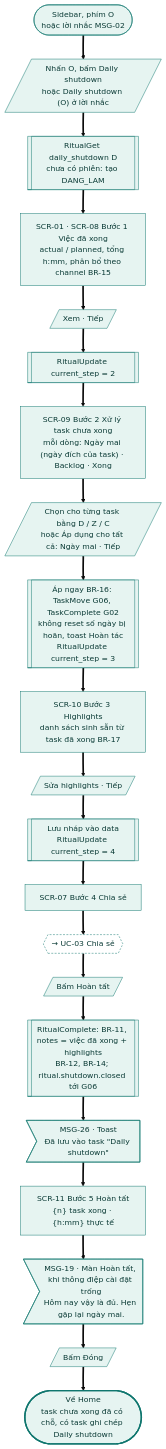
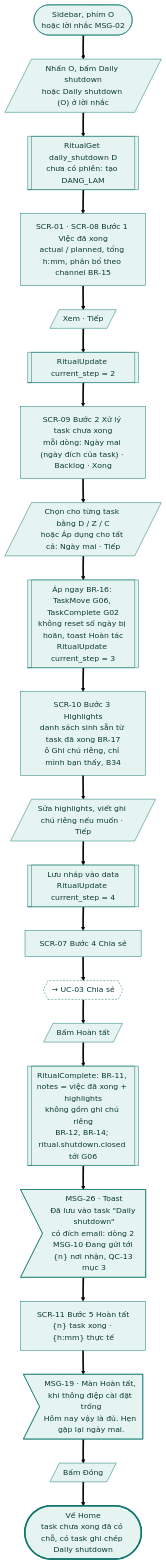
Before and after one commit to tannguyenho/personal-app: the eighth of 18 diagrams in docs/design-brief/flow/g08-daily-rituals.md, drawn with Mermaid (base theme). The commit also changed other lines of this file and 5 other files, not shown here.

First line of the commit message:
docs(G08, G12): áp quyết định PO 09/11 vào SRS, PRD, flow

````diff
--- a/docs/design-brief/flow/g08-daily-rituals.md
+++ b/docs/design-brief/flow/g08-daily-rituals.md
@@ -362,40 +371,40 @@
 ```mermaid
 flowchart TD
   start(["Sidebar, phím O<br/>hoặc lời nhắc MSG-02"])
   u1[/"Nhấn O, bấm Daily shutdown<br/>hoặc Daily shutdown (O) ở lời nhắc"/]
   p1[["RitualGet daily_shutdown D<br/>chưa có phiên: tạo DANG_LAM"]]
   s1["SCR-01 · SCR-08 Bước 1 Việc đã xong<br/>actual / planned, tổng h:mm, phân bổ theo channel BR-15"]
   u2[/"Xem · Tiếp"/]
   p2[["RitualUpdate current_step = 2"]]
   s2["SCR-09 Bước 2 Xử lý task chưa xong<br/>mỗi dòng: Ngày mai (ngày đích của task) · Backlog · Xong"]
   u3[/"Chọn cho từng task bằng D / Z / C<br/>hoặc Áp dụng cho tất cả: Ngày mai · Tiếp"/]
   p3[["Áp ngay BR-16: TaskMove G06, TaskComplete G02<br/>không reset số ngày bị hoãn, toast Hoàn tác<br/>RitualUpdate current_step = 3"]]
-  s3["SCR-10 Bước 3 Highlights<br/>danh sách sinh sẵn từ task đã xong BR-17"]
-  u4[/"Sửa highlights · Tiếp"/]
+  s3["SCR-10 Bước 3 Highlights<br/>danh sách sinh sẵn từ task đã xong BR-17<br/>ô Ghi chú riêng, chỉ mình bạn thấy, B34"]
+  u4[/"Sửa highlights, viết ghi chú riêng nếu muốn · Tiếp"/]
   p4[["Lưu nháp vào data<br/>RitualUpdate current_step = 4"]]
   s4["SCR-07 Bước 4 Chia sẻ"]
   x4{{"→ UC-03 Chia sẻ"}}
   u5[/"Bấm Hoàn tất"/]
-  p5[["RitualComplete: BR-11, notes = việc đã xong + highlights<br/>BR-12, BR-14; ritual.shutdown.closed tới G06"]]
-  m5>"MSG-26 · Toast<br/>Đã lưu vào task #quot;Daily shutdown#quot;"]
+  p5[["RitualComplete: BR-11, notes = việc đã xong + highlights<br/>không gồm ghi chú riêng<br/>BR-12, BR-14; ritual.shutdown.closed tới G06"]]
+  m5>"MSG-26 · Toast<br/>Đã lưu vào task #quot;Daily shutdown#quot;<br/>có đích email: dòng 2 MSG-10 Đang gửi tới {n} nơi nhận, QC-13 mục 3"]
   s5["SCR-11 Bước 5 Hoàn tất<br/>{n} task xong · {h:mm} thực tế"]
   m6>"MSG-19 · Màn Hoàn tất, khi thông điệp cài đặt trống<br/>Hôm nay vậy là đủ. Hẹn gặp lại ngày mai."]
   u6[/"Bấm Đóng"/]
   ok(["Về Home<br/>task chưa xong đã có chỗ, có task ghi chép Daily shutdown"])
 
   start ==> u1 ==> p1 ==> s1 ==> u2 ==> p2 ==> s2 ==> u3 ==> p3 ==> s3 ==> u4 ==> p4 ==> s4
   s4 ==> x4 ==> u5 ==> p5 ==> m5 ==> s5 ==> m6 ==> u6 ==> ok
 
   class start,u1,p1,s1,u2,p2,s2,u3,p3,s3,u4,p4,s4,u5,p5,m5,s5,m6,u6 happy
   class x4 link
   class ok done
   classDef happy fill:#E6F4F1,stroke:#0F766E,color:#0B3B36
   classDef alt fill:#F1F3F5,stroke:#6B7280,color:#1F2937
   classDef err fill:#FDECEC,stroke:#B42318,color:#5C1010
   classDef warn fill:#FEF4E2,stroke:#B45309,color:#4A2604
   classDef ai fill:#F1ECFD,stroke:#6D28D9,color:#2E1065
   classDef sync fill:#FFFFFF,stroke:#6B7280,stroke-dasharray:4 3,color:#1F2937
   classDef link fill:#FFFFFF,stroke:#0F766E,stroke-dasharray:4 3,color:#0B3B36
   classDef done fill:#E6F4F1,stroke:#0F766E,stroke-width:3px,color:#0B3B36
   classDef fail fill:#FDECEC,stroke:#B42318,stroke-width:3px,color:#5C1010
 ```
````
